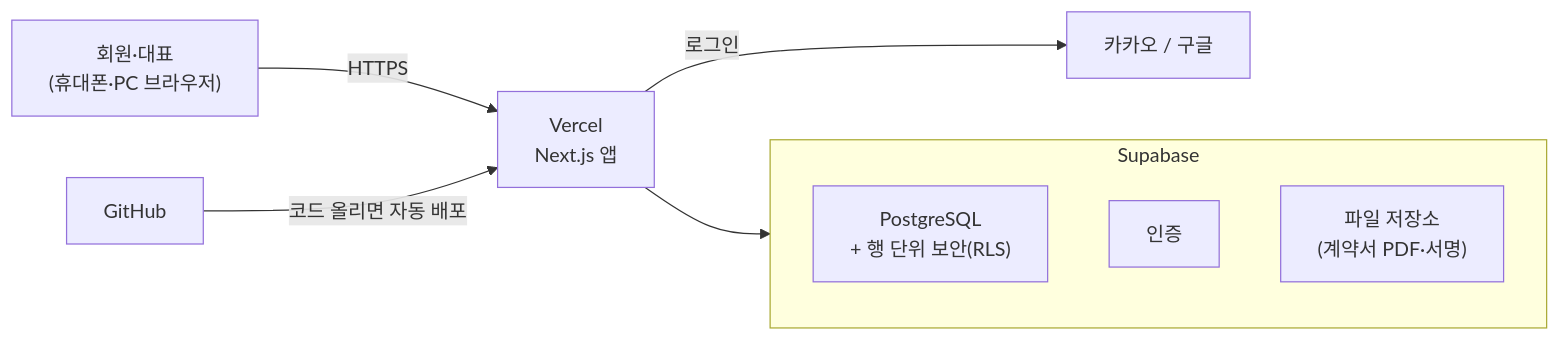
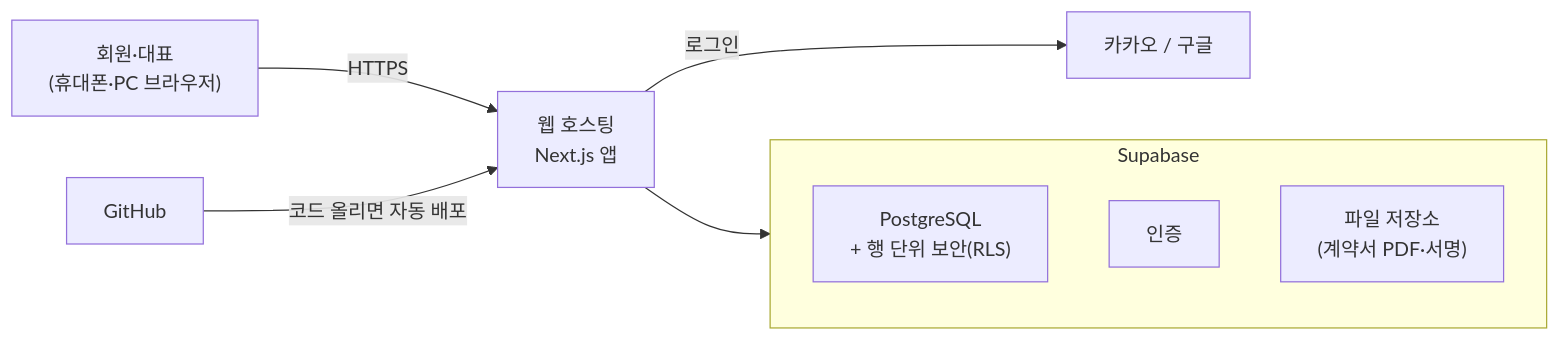
Before and after one commit to dydtlsrl/onestep: the diagram in docs/TECH_STACK.md, drawn with Mermaid. The commit also changed other lines of this file and 3 other files, not shown here.

````diff
--- a/docs/TECH_STACK.md
+++ b/docs/TECH_STACK.md
@@ -18,12 +18,12 @@
 ```mermaid
 flowchart LR
-    U["회원·대표<br/>(휴대폰·PC 브라우저)"] -->|HTTPS| V["Vercel<br/>Next.js 앱"]
+    U["회원·대표<br/>(휴대폰·PC 브라우저)"] -->|HTTPS| V["웹 호스팅<br/>Next.js 앱"]
     V -->|로그인| K["카카오 / 구글"]
     V --> S["Supabase"]
     subgraph S["Supabase"]
         DB["PostgreSQL<br/>+ 행 단위 보안(RLS)"]
         AU["인증"]
         ST["파일 저장소<br/>(계약서 PDF·서명)"]
     end
     G["GitHub"] -->|코드 올리면 자동 배포| V
 ```
````
